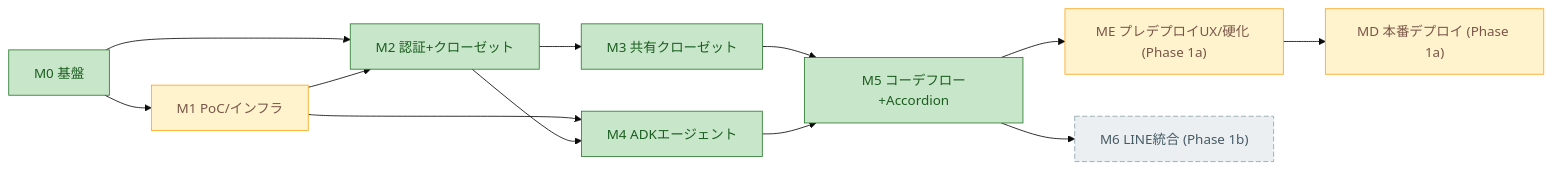
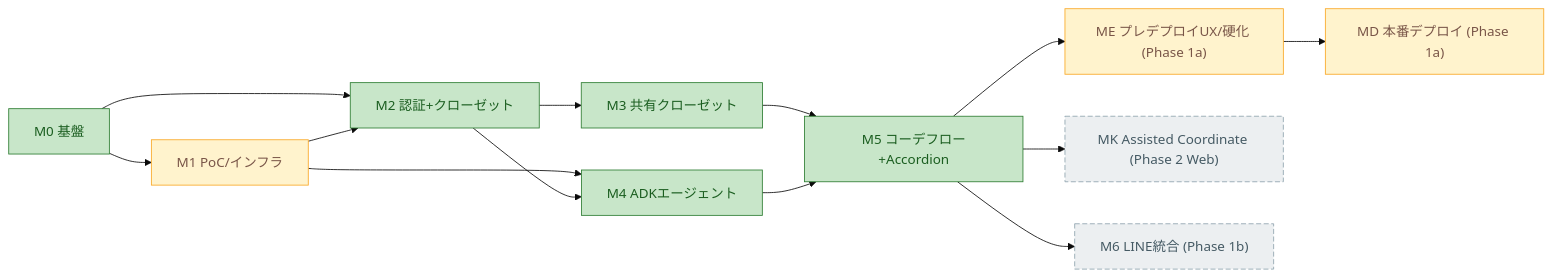
The eighth of 8 diagrams in docs/architecture-overview.md (RanArino/gen-fashion), drawn with Mermaid (base theme) before and after one commit. The commit also changed other lines of this file and 3 other files, not shown here.

First line of the commit message:
Update architecture overview and feature matrix for Phase 2 planning

````diff
--- a/docs/architecture-overview.md
+++ b/docs/architecture-overview.md
@@ -372,20 +406,21 @@
 ```mermaid
 flowchart LR
   M0["M0 基盤"] --> M1["M1 PoC/インフラ"]
   M0 --> M2["M2 認証+クローゼット"]
   M1 --> M2
   M2 --> M3["M3 共有クローゼット"]
   M1 --> M4["M4 ADKエージェント"]
   M2 --> M4
   M3 --> M5["M5 コーデフロー+Accordion"]
   M4 --> M5
   M5 --> ME["ME プレデプロイUX/硬化 (Phase 1a)"]
   ME --> MD["MD 本番デプロイ (Phase 1a)"]
+  M5 --> MK["MK Assisted Coordinate (Phase 2 Web)"]
   M5 --> M6["M6 LINE統合 (Phase 1b)"]
 
   classDef done fill:#c8e6c9,stroke:#2e7d32,color:#1b5e20;
   classDef wip fill:#fff3cd,stroke:#f9a825,color:#795548;
   classDef stub fill:#ffe0b2,stroke:#e65100,color:#bf360c,stroke-dasharray:5 3;
   classDef todo fill:#eceff1,stroke:#90a4ae,color:#455a64,stroke-dasharray:6 3;
-  class M0,M2,M3,M4,M5 done; class M1,ME,MD wip; class M6 todo;
+  class M0,M2,M3,M4,M5 done; class M1,ME,MD wip; class MK,M6 todo;
 ```
````
